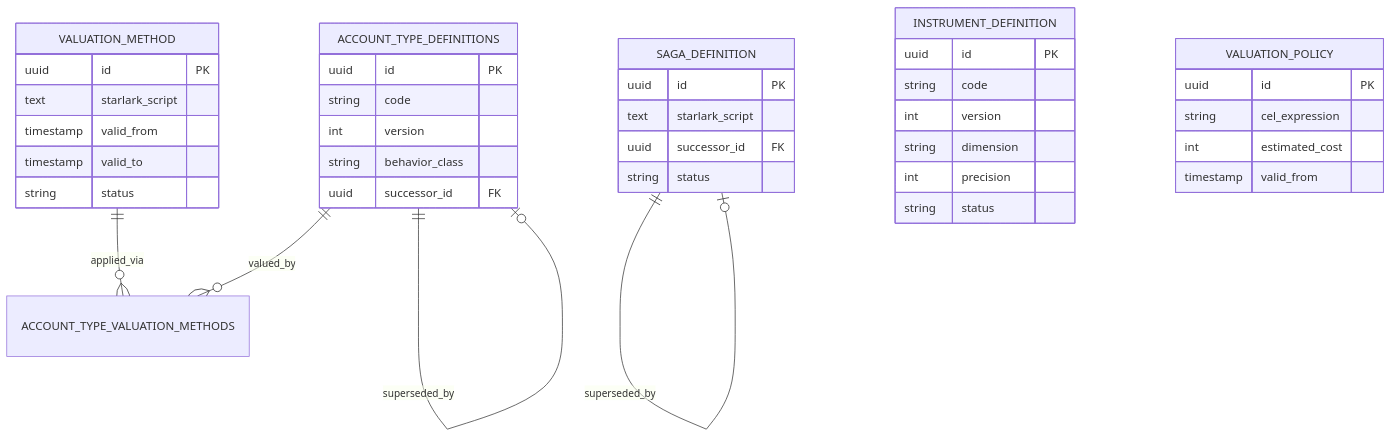
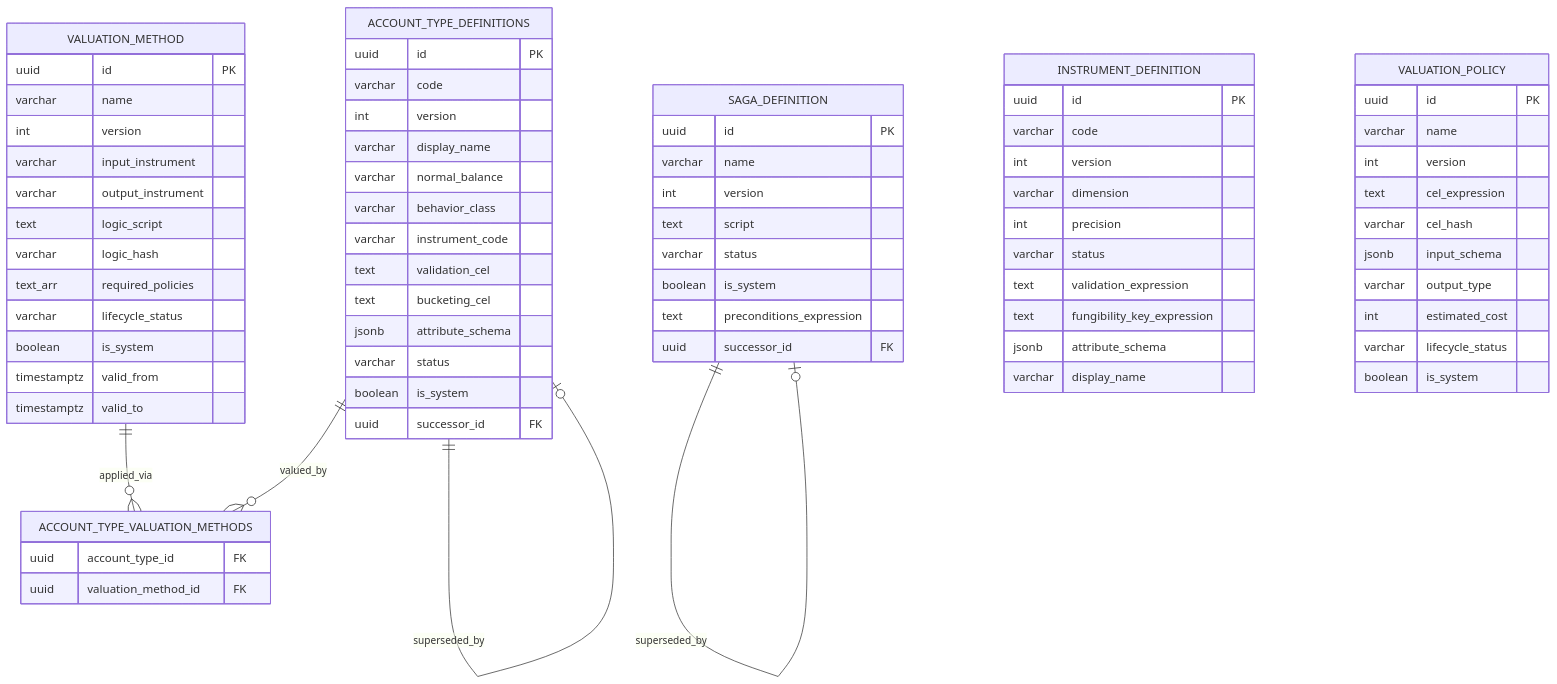
Before and after one commit to meridianhub/meridian: the eighth of 13 diagrams in docs/architecture/data-model.md, drawn with Mermaid. The commit also changed other lines of this file, not shown here.

First line of the commit message:
docs: Fill ER diagram attribute blocks with canonical schema

````diff
--- a/docs/architecture/data-model.md
+++ b/docs/architecture/data-model.md
@@ -471,41 +630,74 @@
 ```mermaid
 erDiagram
     ACCOUNT_TYPE_DEFINITIONS ||--o{ ACCOUNT_TYPE_VALUATION_METHODS : valued_by
     VALUATION_METHOD ||--o{ ACCOUNT_TYPE_VALUATION_METHODS : applied_via
     ACCOUNT_TYPE_DEFINITIONS ||--o| ACCOUNT_TYPE_DEFINITIONS : superseded_by
     SAGA_DEFINITION ||--o| SAGA_DEFINITION : superseded_by
     INSTRUMENT_DEFINITION {
         uuid id PK
-        string code
+        varchar code
         int version
-        string dimension
+        varchar dimension
         int precision
-        string status
+        varchar status
+        text validation_expression
+        text fungibility_key_expression
+        jsonb attribute_schema
+        varchar display_name
     }
     VALUATION_METHOD {
         uuid id PK
-        text starlark_script
-        timestamp valid_from
-        timestamp valid_to
-        string status
+        varchar name
+        int version
+        varchar input_instrument
+        varchar output_instrument
+        text logic_script
+        varchar logic_hash
+        text_arr required_policies
+        varchar lifecycle_status
+        boolean is_system
+        timestamptz valid_from
+        timestamptz valid_to
     }
     VALUATION_POLICY {
         uuid id PK
-        string cel_expression
+        varchar name
+        int version
+        text cel_expression
+        varchar cel_hash
+        jsonb input_schema
+        varchar output_type
         int estimated_cost
-        timestamp valid_from
+        varchar lifecycle_status
+        boolean is_system
     }
     SAGA_DEFINITION {
         uuid id PK
-        text starlark_script
+        varchar name
+        int version
+        text script
+        varchar status
+        boolean is_system
+        text preconditions_expression
         uuid successor_id FK
-        string status
     }
     ACCOUNT_TYPE_DEFINITIONS {
         uuid id PK
-        string code
+        varchar code
         int version
-        string behavior_class
+        varchar display_name
+        varchar normal_balance
+        varchar behavior_class
+        varchar instrument_code
+        text validation_cel
+        text bucketing_cel
+        jsonb attribute_schema
+        varchar status
+        boolean is_system
         uuid successor_id FK
     }
+    ACCOUNT_TYPE_VALUATION_METHODS {
+        uuid account_type_id FK
+        uuid valuation_method_id FK
+    }
 ```
````
